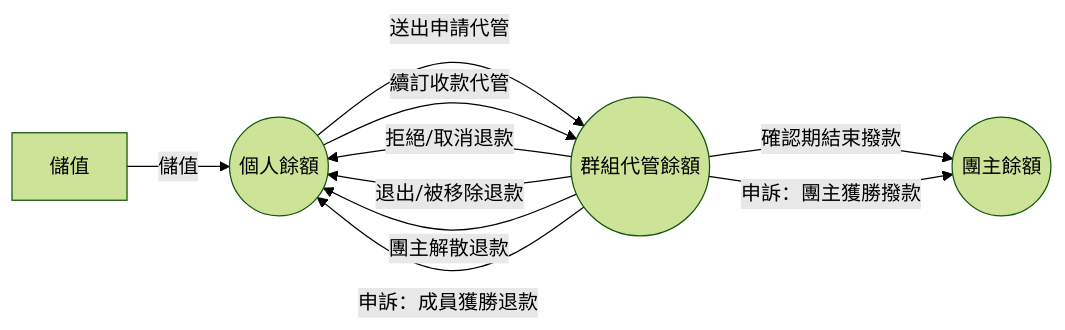
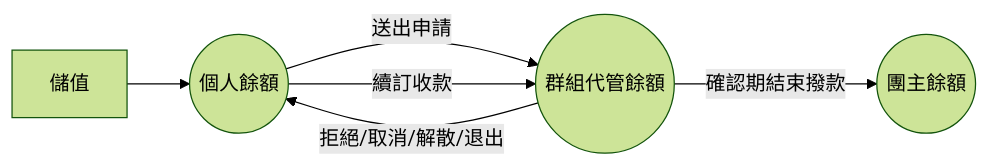
One commit to s1092055/PartyMatch changed the diagram in docs/flows/payment-token-flow.md. Above: the diagram before and after it, drawn with Mermaid (forest theme). The commit also changed other lines of this file and 46 other files, not shown here.

````diff
--- a/docs/flows/payment-token-flow.md
+++ b/docs/flows/payment-token-flow.md
@@ -8,12 +8,8 @@
 ```mermaid
 flowchart LR
-    A[儲值] -->|儲值| B(("個人餘額"))
-    B -->|送出申請代管| C(("群組代管餘額"))
-    C -->|拒絕/取消退款| B
-    C -->|確認期結束撥款| D(("團主餘額"))
-    C -->|退出/被移除退款| B
-    C -->|團主解散退款| B
-    C -->|申訴：成員獲勝退款| B
-    C -->|申訴：團主獲勝撥款| D
-    B -->|續訂收款代管| C
+  A[儲值] --> B(("個人餘額"))
+  B -->|送出申請| C(("群組代管餘額"))
+  C -->|拒絕/取消/解散/退出| B
+  C -->|確認期結束撥款| D(("團主餘額"))
+  B -->|續訂收款| C
 ```
````
